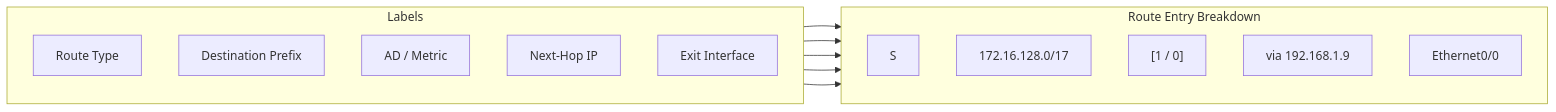
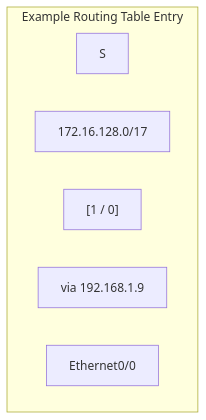
Before and after one commit to Vtheonly/Obsidian_Notes: the diagram in Master 1/S1/Resaux/05 IP Routing Architectures/05.01 Route Entries & Administrative Distance.md, drawn with Mermaid. The commit also changed 147 other files, not shown here.

````diff
--- a/Master 1/S1/Resaux/05 IP Routing Architectures/05.01 Route Entries & Administrative Distance.md
+++ b/Master 1/S1/Resaux/05 IP Routing Architectures/05.01 Route Entries & Administrative Distance.md
@@ -5,24 +5,11 @@
 ```mermaid
 graph LR
-    subgraph RouteEntry["Route Entry Breakdown"]
-        direction TB
+    subgraph RoutingTableExample["Example Routing Table Entry"]
+        direction LR
         RT["S"]
         DP["172.16.128.0/17"]
         ADM["[1 / 0]"]
         NH["via 192.168.1.9"]
         EI["Ethernet0/0"]
     end
-    subgraph Labels["Labels"]
-        direction TB
-        L1["Route Type"]
-        L2["Destination Prefix"]
-        L3["AD / Metric"]
-        L4["Next-Hop IP"]
-        L5["Exit Interface"]
-    end
-    L1 --> RT
-    L2 --> DP
-    L3 --> ADM
-    L4 --> NH
-    L5 --> EI
 ```
````
